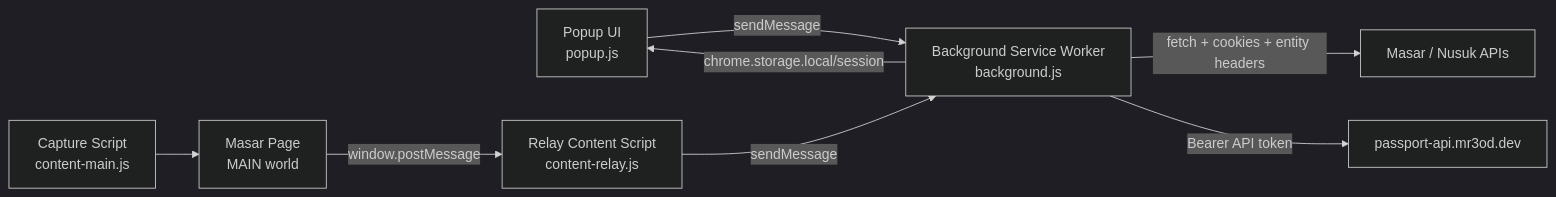
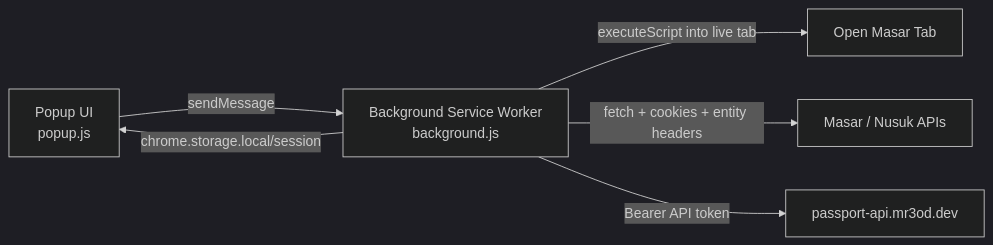
Before and after one commit to mr3od/passport-reader: the diagram in docs/EXTENSION.md, drawn with Mermaid (dark theme). The commit also changed other lines of this file and 24 other files, not shown here.

````diff
--- a/docs/EXTENSION.md
+++ b/docs/EXTENSION.md
@@ -55,10 +50,8 @@
 ```mermaid
 flowchart LR
     P["Popup UI\npopup.js"] -->|sendMessage| B["Background Service Worker\nbackground.js"]
-    M["Masar Page\nMAIN world"] -->|window.postMessage| R["Relay Content Script\ncontent-relay.js"]
-    C["Capture Script\ncontent-main.js"] --> M
-    R -->|sendMessage| B
+    B -->|executeScript into live tab| M["Open Masar Tab"]
     B -->|fetch + cookies + entity headers| N["Masar / Nusuk APIs"]
     B -->|Bearer API token| A["passport-api.mr3od.dev"]
     B -->|chrome.storage.local/session| P
 ```
````
